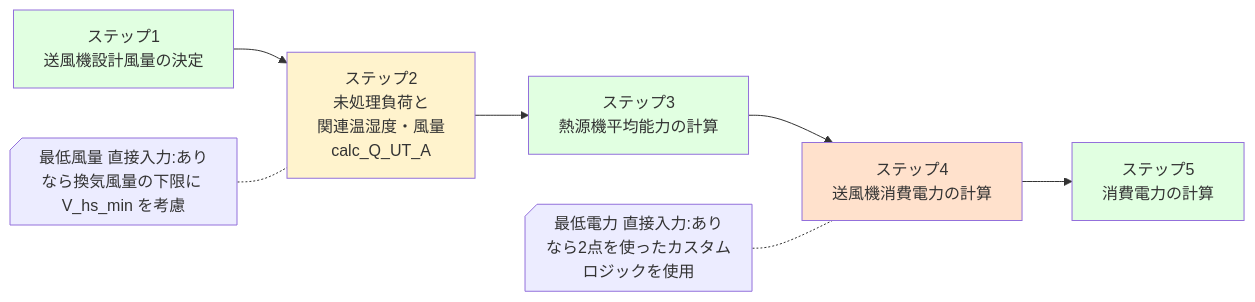
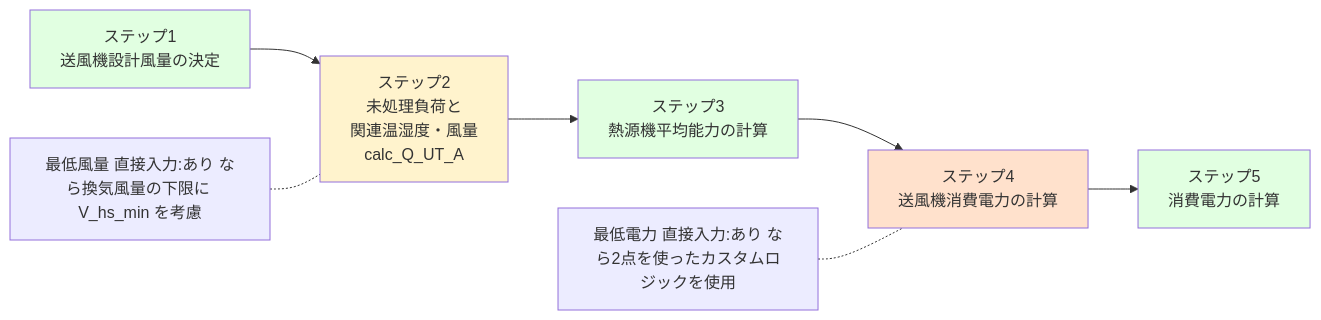
The first of 4 diagrams in docs/最低風量_最低電力_直接入力.md (iguchi-lab/Verification-Platform-Next), drawn with Mermaid before and after one commit.

Commit message:
fix: mermaid parse error

````diff
--- a/docs/最低風量_最低電力_直接入力.md
+++ b/docs/最低風量_最低電力_直接入力.md
@@ -99,23 +99,23 @@
 ```mermaid
 flowchart LR
 
 Step1[ステップ1<br/>送風機設計風量の決定]
 Step2[ステップ2<br/>未処理負荷と<br/>関連温湿度・風量<br/>calc_Q_UT_A]
 Step3[ステップ3<br/>熱源機平均能力の計算]
 Step4[ステップ4<br/>送風機消費電力の計算]
 Step5[ステップ5<br/>消費電力の計算]
 
 Step1 --> Step2 --> Step3 --> Step4 --> Step5
 
-note2@{ shape: notch-rect, label: "最低風量 直接入力:あり<br/>なら換気風量の下限に V_hs_min を考慮" }
-note4@{ shape: notch-rect, label: "最低電力 直接入力:あり<br/>なら2点を使ったカスタムロジックを使用" }
+note2["最低風量 直接入力:あり なら換気風量の下限に V_hs_min を考慮"]
+note4["最低電力 直接入力:あり なら2点を使ったカスタムロジックを使用"]
 
 note2 -.- Step2
 note4 -.- Step4
 
 style Step2 fill:#fff3cd
 style Step4 fill:#ffe1cc
 style Step1 fill:#e1ffe1
 style Step3 fill:#e1ffe1
 style Step5 fill:#e1ffe1
 ```
````
